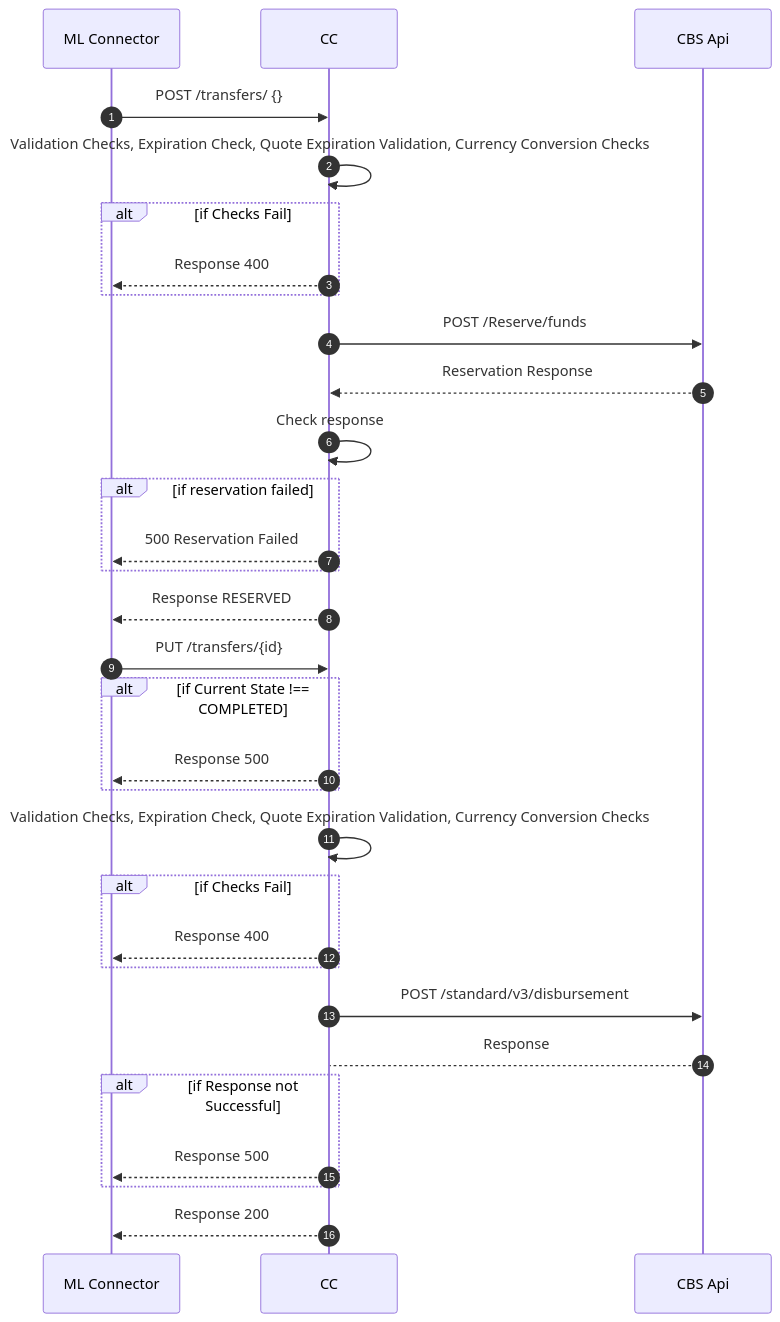
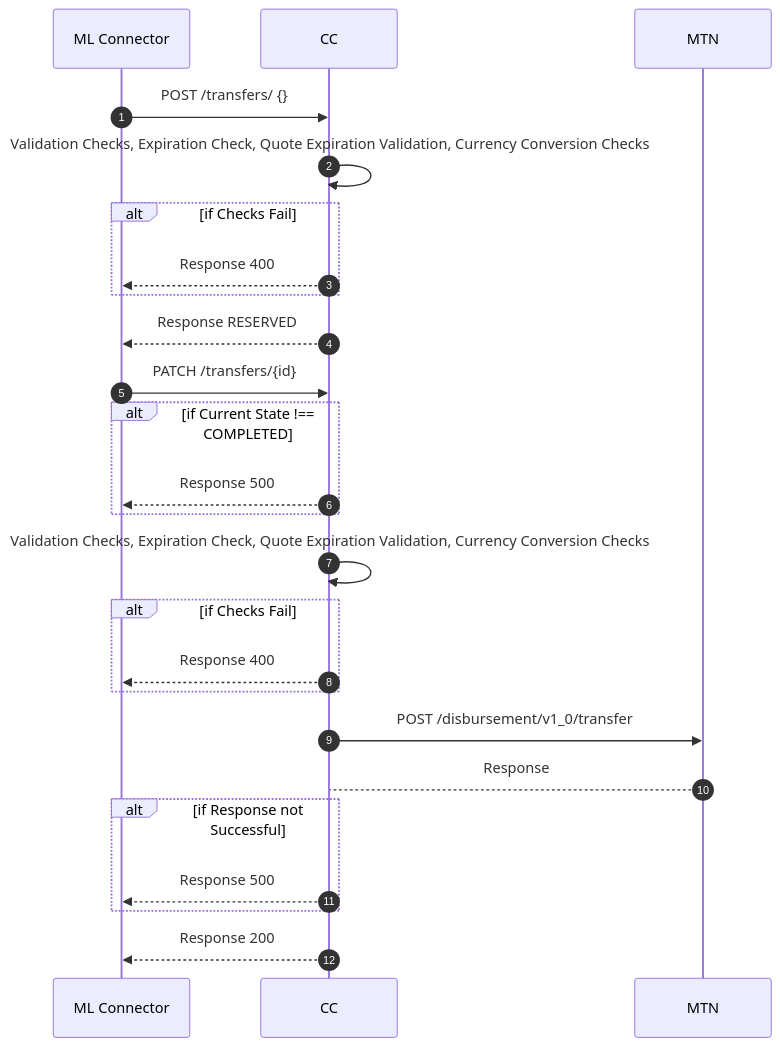
The diagram in national-bank-mw-core-connector/docs/payee-transfers.md (mojaloop/ml-reference-connectors), drawn with Mermaid before and after one commit. The commit also changed other lines of this file and 2 other files, not shown here.

Commit message:
fix: updated api spec with new changes

````diff
--- a/national-bank-mw-core-connector/docs/payee-transfers.md
+++ b/national-bank-mw-core-connector/docs/payee-transfers.md
@@ -14,31 +13,25 @@
 ```mermaid
 sequenceDiagram
   autoNumber
 ML Connector ->> CC:  POST /transfers/ {}
 CC->>CC:Validation Checks, Expiration Check, Quote Expiration Validation, Currency Conversion Checks
 Alt if Checks Fail
 CC-->>ML Connector: Response 400
 End
-CC->>CBS Api: POST /Reserve/funds
-CBS Api-->> CC: Reservation Response
-CC->>CC: Check response
-Alt if reservation failed
-CC-->>ML Connector: 500 Reservation Failed
-End
 CC-->>ML Connector: Response RESERVED
-ML Connector->>CC: PUT /transfers/{id}
+ML Connector->>CC: PATCH /transfers/{id}
 Alt if Current State !== COMPLETED
 CC-->>ML Connector: Response 500
 End
 CC->>CC: Validation Checks, Expiration Check, Quote Expiration Validation, Currency Conversion Checks
 Alt if Checks Fail
 CC-->>ML Connector: Response 400
 End
-CC->>CBS Api: POST /standard/v3/disbursement
-CBS Api-->CC: Response
+CC->>MTN: POST /disbursement/v1_0/transfer
+MTN-->CC: Response
 Alt if Response not Successful
 CC-->>ML Connector: Response 500
 End
 CC-->>ML Connector: Response 200
 
 ```
````
